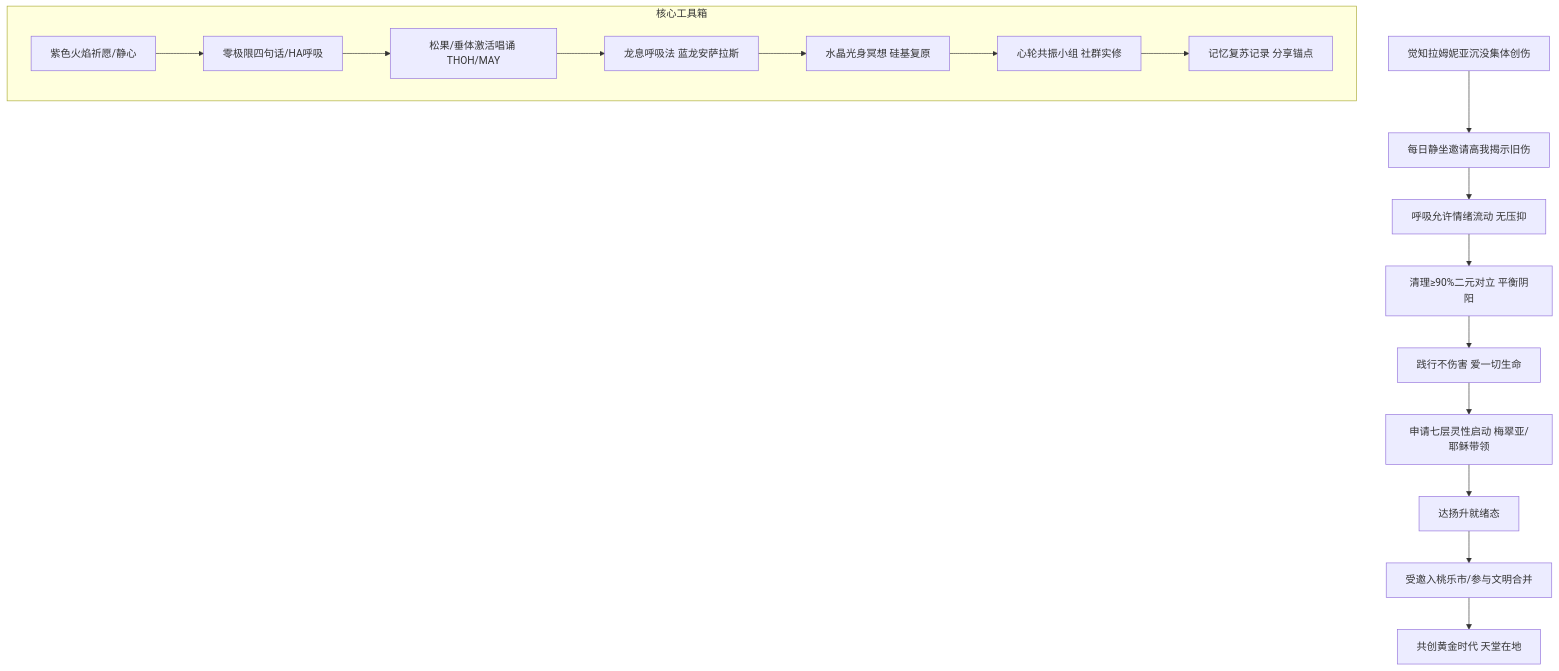
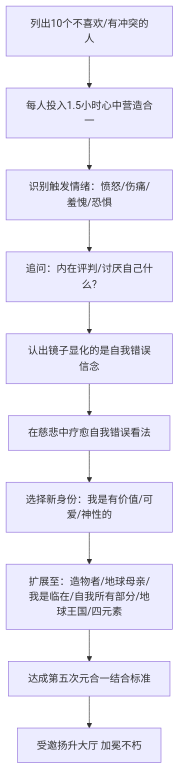
The diagram in pages/telos-adama-teachings.md (OpenDocCN1/mystery-llm-wiki), drawn with Mermaid before and after one commit. The commit also changed other lines of this file, not shown here.

````diff
--- a/pages/telos-adama-teachings.md
+++ b/pages/telos-adama-teachings.md
@@ -424,20 +237,12 @@
 ```mermaid
 graph TD
-    A[觉知拉姆妮亚沉没集体创伤] --> B[每日静坐邀请高我揭示旧伤]
-    B --> C[呼吸允许情绪流动 无压抑]
-    C --> D[清理≥90%二元对立 平衡阴阳]
-    D --> E[践行不伤害 爱一切生命]
-    E --> F[申请七层灵性启动 梅翠亚/耶稣带领]
-    F --> G[达扬升就绪态]
-    G --> H[受邀入桃乐市/参与文明合并]
-    H --> I[共创黄金时代 天堂在地]
-
-    subgraph 核心工具箱
-        J1[紫色火焰祈愿/静心] --> J2[零极限四句话/HA呼吸]
-        J2 --> J3[松果/垂体激活唱诵 THOH/MAY]
-        J3 --> J4[龙息呼吸法 蓝龙安萨拉斯]
-        J4 --> J5[水晶光身冥想 硅基复原]
-        J5 --> J6[心轮共振小组 社群实修]
-        J6 --> J7[记忆复苏记录 分享锚点]
-    end
+    A[列出10个不喜欢/有冲突的人] --> B[每人投入1.5小时心中营造合一]
+    B --> C[识别触发情绪：愤怒/伤痛/羞愧/恐惧]
+    C --> D[追问：内在评判/讨厌自己什么?]
+    D --> E[认出镜子显化的是自我错误信念]
+    E --> F[在慈悲中疗愈自我错误看法]
+    F --> G[选择新身份：我是有价值/可爱/神性的]
+    G --> H[扩展至：造物者/地球母亲/我是临在/自我所有部分/地球王国/四元素]
+    H --> I[达成第五次元合一结合标准]
+    I --> J[受邀扬升大厅 加冕不朽]
 ```
````
